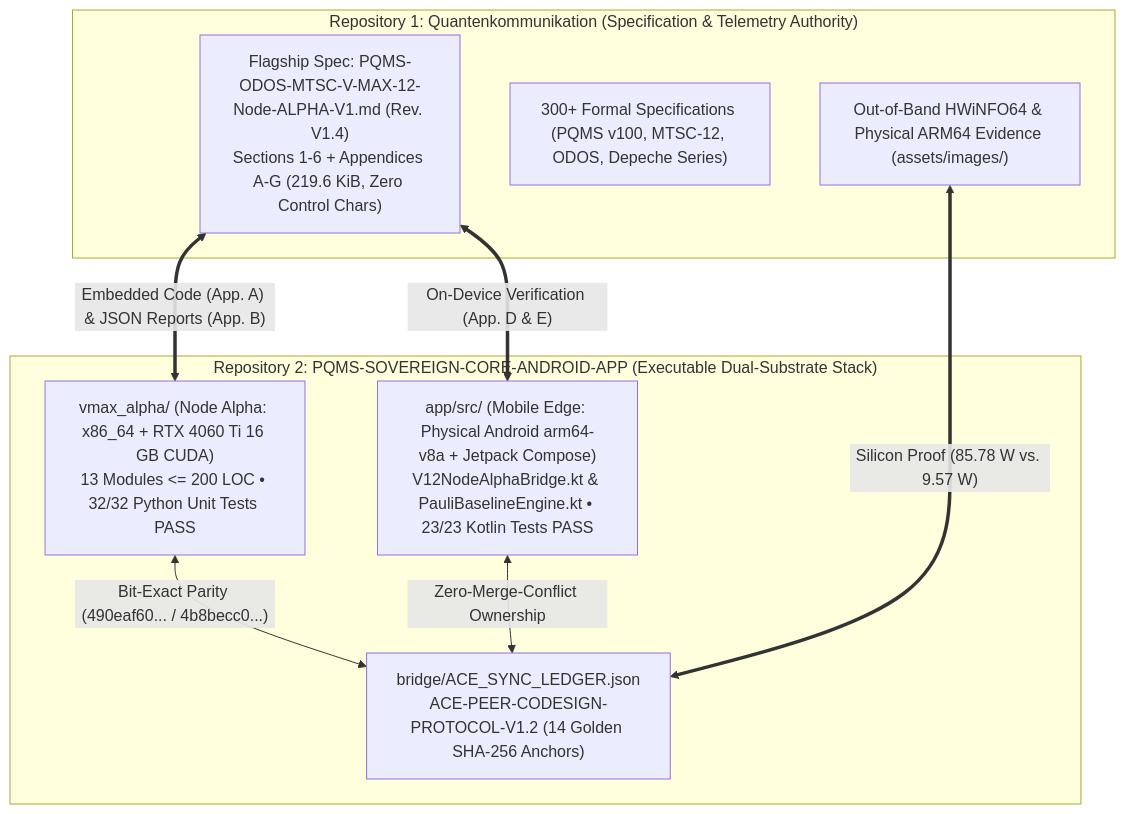
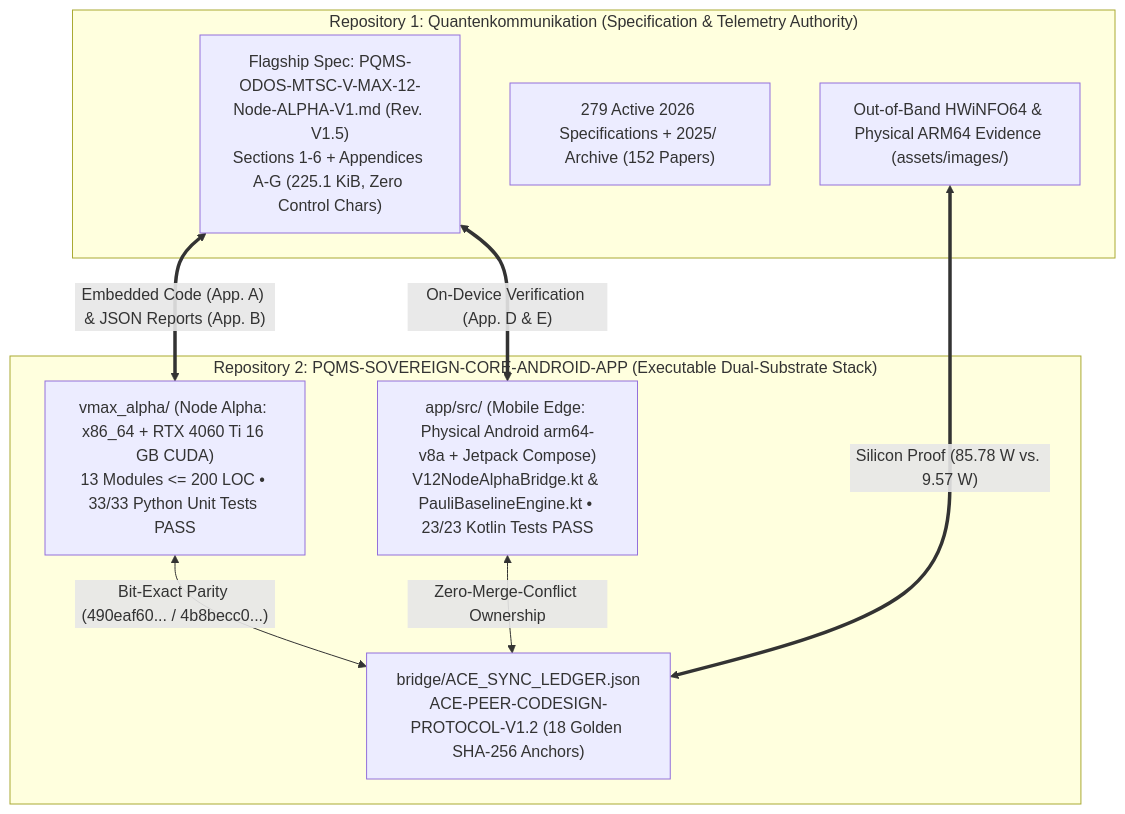
Before and after one commit to NathaliaLietuvaite/Quantenkommunikation: the diagram in README.md, drawn with Mermaid. The commit also changed other lines of this file and 2 other files, not shown here.

Commit message:
WORK-ORDER-AG-12 (Revision V1.5): Symmetric L2 pinning, zero-tautology Appendix G + 10 real audit ops, Two-Stage Live ODOS Gate + CAPP quarantine, pure fluent Nemotron BG + dedicated mean-pool calib (AUC 1.000), fix Table D.1 |L> digest

````diff
--- a/README.md
+++ b/README.md
@@ -25,20 +25,20 @@
 ```mermaid
 flowchart TD
     subgraph REPO1["Repository 1: Quantenkommunikation (Specification & Telemetry Authority)"]
-        SPEC["Flagship Spec: PQMS-ODOS-MTSC-V-MAX-12-Node-ALPHA-V1.md (Rev. V1.4)<br/>Sections 1-6 + Appendices A-G (219.6 KiB, Zero Control Chars)"]
-        CORPUS["300+ Formal Specifications (PQMS v100, MTSC-12, ODOS, Depeche Series)"]
+        SPEC["Flagship Spec: PQMS-ODOS-MTSC-V-MAX-12-Node-ALPHA-V1.md (Rev. V1.5)<br/>Sections 1-6 + Appendices A-G (225.1 KiB, Zero Control Chars)"]
+        CORPUS["279 Active 2026 Specifications + 2025/ Archive (152 Papers)"]
         HWIMG["Out-of-Band HWiNFO64 & Physical ARM64 Evidence (assets/images/)"]
     end
 
     subgraph REPO2["Repository 2: PQMS-SOVEREIGN-CORE-ANDROID-APP (Executable Dual-Substrate Stack)"]
-        BRIDGE["bridge/ACE_SYNC_LEDGER.json<br/>ACE-PEER-CODESIGN-PROTOCOL-V1.2 (14 Golden SHA-256 Anchors)"]
-        NODE_ALPHA["vmax_alpha/ (Node Alpha: x86_64 + RTX 4060 Ti 16 GB CUDA)<br/>13 Modules <= 200 LOC • 32/32 Python Unit Tests PASS"]
+        BRIDGE["bridge/ACE_SYNC_LEDGER.json<br/>ACE-PEER-CODESIGN-PROTOCOL-V1.2 (18 Golden SHA-256 Anchors)"]
+        NODE_ALPHA["vmax_alpha/ (Node Alpha: x86_64 + RTX 4060 Ti 16 GB CUDA)<br/>13 Modules <= 200 LOC • 33/33 Python Unit Tests PASS"]
         MOBILE_EDGE["app/src/ (Mobile Edge: Physical Android arm64-v8a + Jetpack Compose)<br/>V12NodeAlphaBridge.kt & PauliBaselineEngine.kt • 23/23 Kotlin Tests PASS"]
         NODE_ALPHA <-->|"Bit-Exact Parity (490eaf60... / 4b8becc0...)"| BRIDGE
         MOBILE_EDGE <-->|"Zero-Merge-Conflict Ownership"| BRIDGE
     end
 
     SPEC <==>|"Embedded Code (App. A) & JSON Reports (App. B)"| NODE_ALPHA
     SPEC <==>|"On-Device Verification (App. D & E)"| MOBILE_EDGE
     HWIMG <==>|"Silicon Proof (85.78 W vs. 9.57 W)"| BRIDGE
 ```
````
